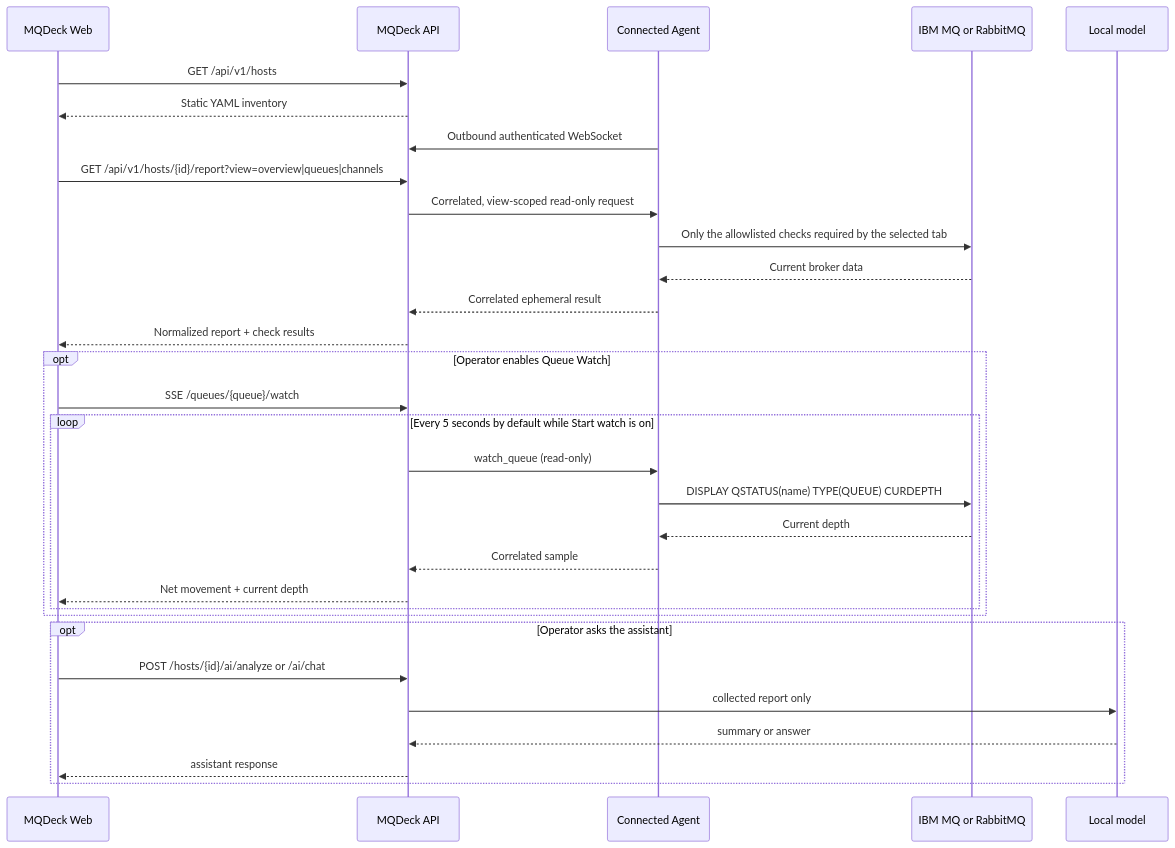
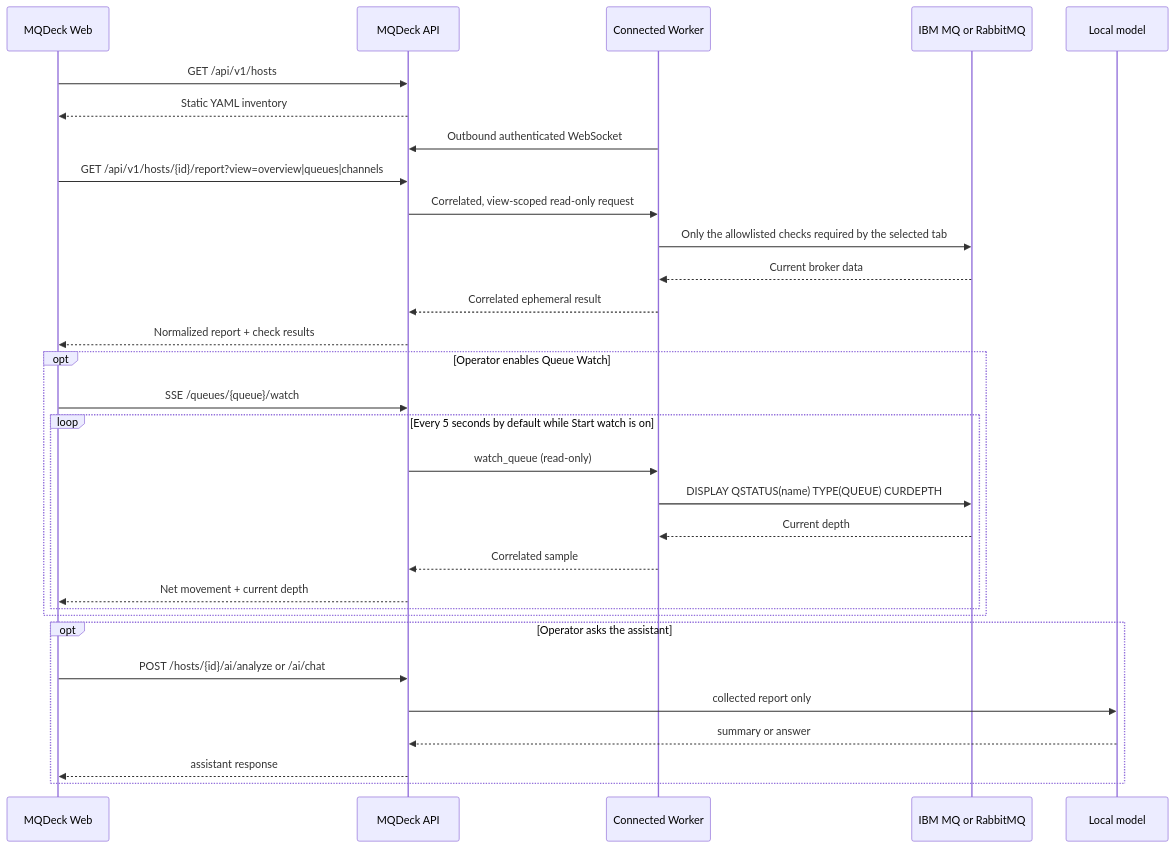
One commit to mqdeck/mqdeck changed the diagram in docs/on-demand-architecture.md. Above: the diagram before and after it, drawn with Mermaid. The commit also changed other lines of this file and 64 other files, not shown here.

````diff
--- a/docs/on-demand-architecture.md
+++ b/docs/on-demand-architecture.md
@@ -20,34 +20,34 @@
 ```mermaid
 sequenceDiagram
     participant UI as MQDeck Web
     participant API as MQDeck API
-    participant A as Connected Agent
+    participant A as Connected Worker
     participant MQ as IBM MQ or RabbitMQ
     participant Model as Local model
 
     UI->>API: GET /api/v1/hosts
     API-->>UI: Static YAML inventory
     A->>API: Outbound authenticated WebSocket
     UI->>API: GET /api/v1/hosts/{id}/report?view=overview|queues|channels
     API->>A: Correlated, view-scoped read-only request
     A->>MQ: Only the allowlisted checks required by the selected tab
     MQ-->>A: Current broker data
     A-->>API: Correlated ephemeral result
     API-->>UI: Normalized report + check results
     opt Operator enables Queue Watch
         UI->>API: SSE /queues/{queue}/watch
         loop Every 5 seconds by default while Start watch is on
             API->>A: watch_queue (read-only)
             A->>MQ: DISPLAY QSTATUS(name) TYPE(QUEUE) CURDEPTH
             MQ-->>A: Current depth
             A-->>API: Correlated sample
             API-->>UI: Net movement + current depth
         end
     end
     opt Operator asks the assistant
         UI->>API: POST /hosts/{id}/ai/analyze or /ai/chat
         API->>Model: collected report only
         Model-->>API: summary or answer
         API-->>UI: assistant response
     end
 ```
````
